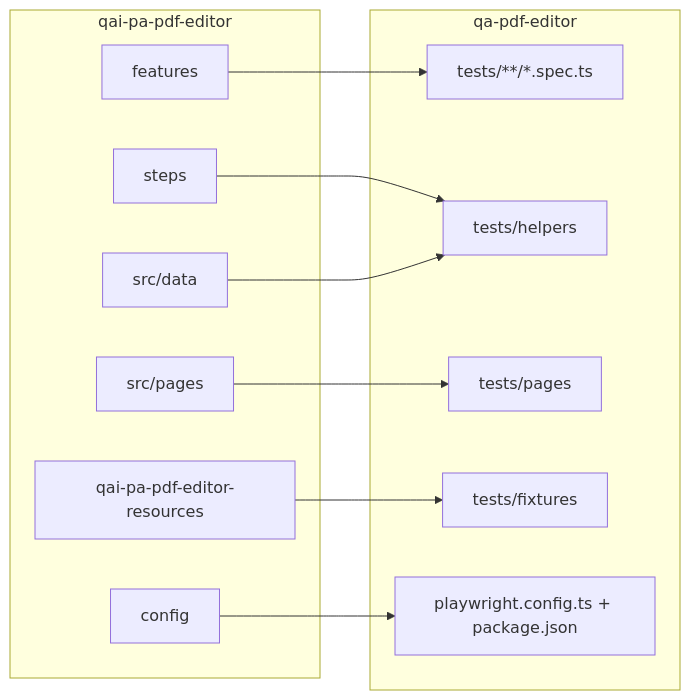
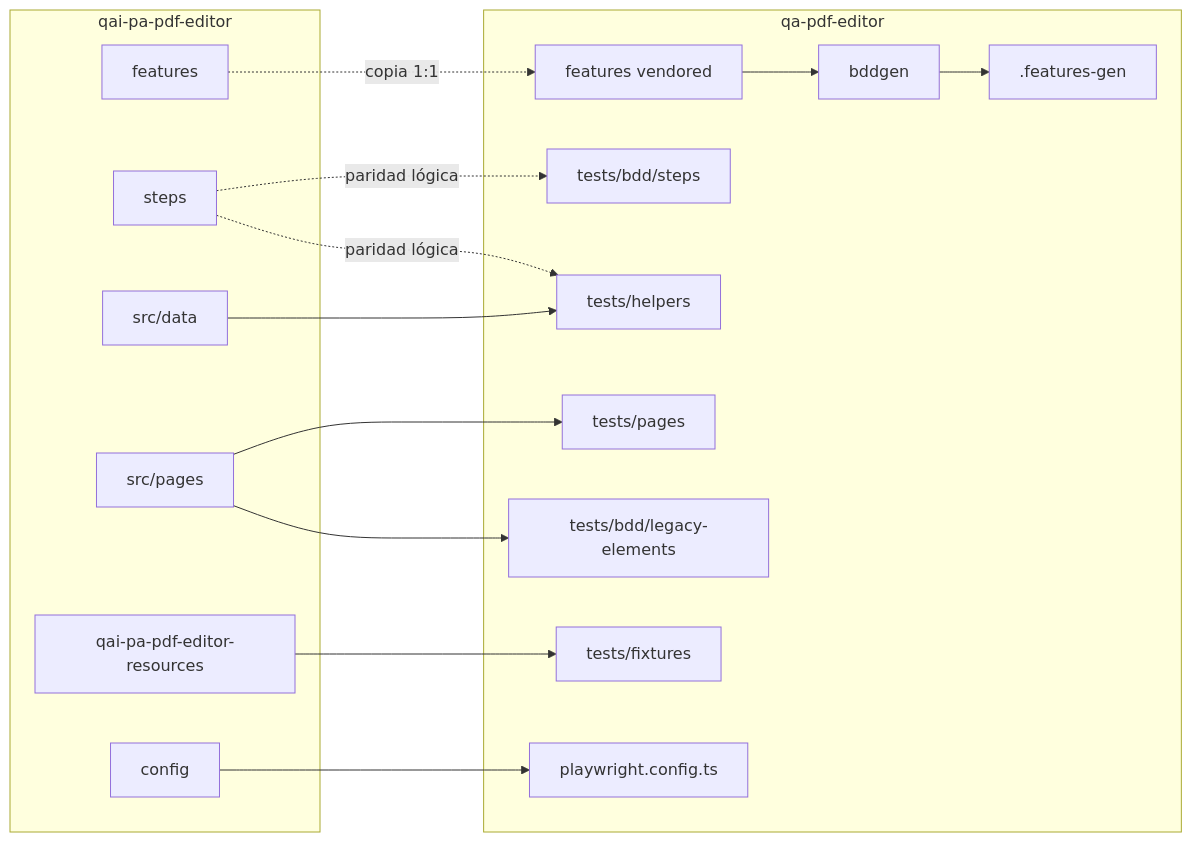
The diagram in docs/SELENIUM_FOLDER_MAP.md (dgomez-lab/qa-pdf-editor), drawn with Mermaid before and after one commit. The commit also changed other lines of this file and 251 other files, not shown here.

````diff
--- a/docs/SELENIUM_FOLDER_MAP.md
+++ b/docs/SELENIUM_FOLDER_MAP.md
@@ -11,24 +11,31 @@
 ```mermaid
 flowchart LR
   subgraph legacy [qai-pa-pdf-editor]
     F[features]
     S[steps]
     P[src/pages]
     D[src/data]
     C[config]
     R[qai-pa-pdf-editor-resources]
   end
   subgraph pw [qa-pdf-editor]
-    T[tests/**/*.spec.ts]
+    Fv[features vendored]
+    G[bddgen]
+    Gen[.features-gen]
+    Bdd[tests/bdd/steps]
     H[tests/helpers]
     PP[tests/pages]
+    LE[tests/bdd/legacy-elements]
     PF[tests/fixtures]
-    PC[playwright.config.ts + package.json]
+    PC[playwright.config.ts]
   end
-  F --> T
-  S --> H
+  F -.->|copia 1:1| Fv
+  Fv --> G --> Gen
+  S -.->|paridad lógica| Bdd
+  S -.->|paridad lógica| H
+  P --> LE
   P --> PP
   D --> H
   C --> PC
   R --> PF
 ```
````
